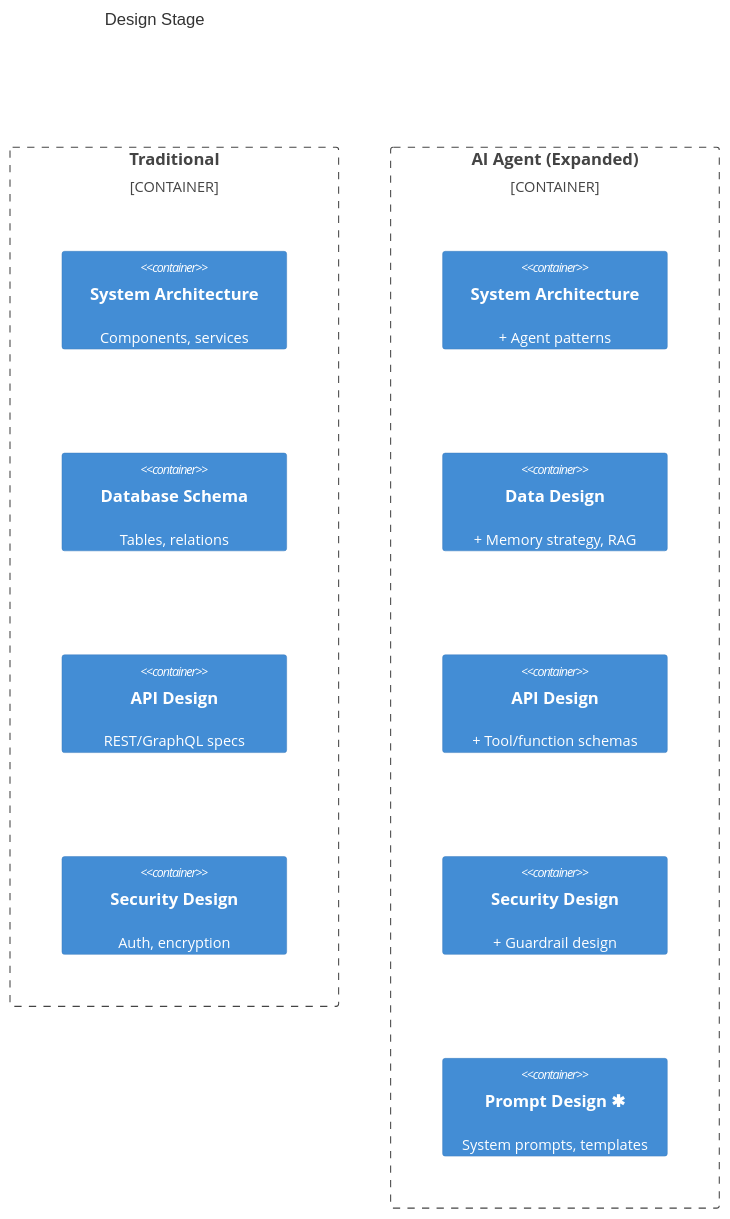
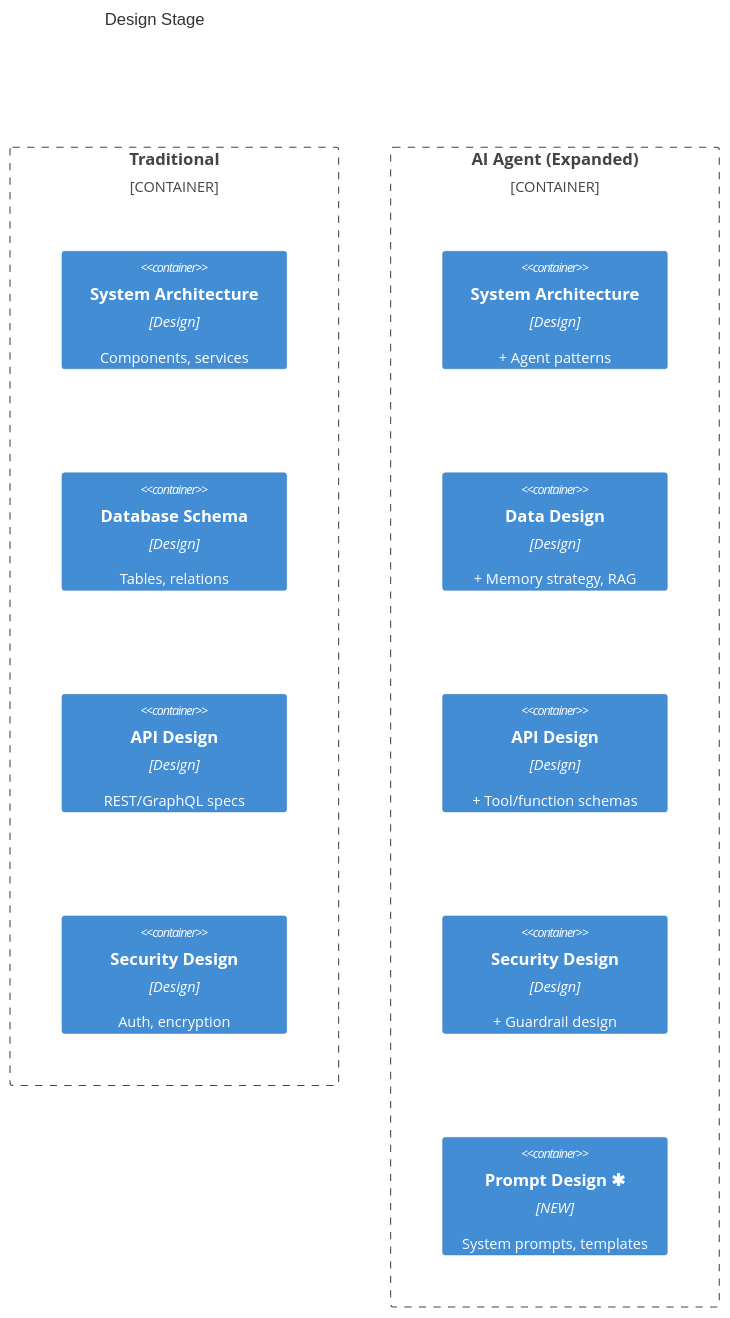
Before and after one commit to Ingeniator/ai-agent-sdlc-docs: the fourth of 8 diagrams in 03-comparison.md, drawn with Mermaid. The commit also changed other lines of this file and 2 other files, not shown here.

````diff
--- a/03-comparison.md
+++ b/03-comparison.md
@@ -120,19 +120,19 @@
 ```mermaid
 C4Container
     title Design Stage
 
     Container_Boundary(trad, "Traditional") {
-        Container(t1, "System Architecture", "", "Components, services")
-        Container(t2, "Database Schema", "", "Tables, relations")
-        Container(t3, "API Design", "", "REST/GraphQL specs")
-        Container(t4, "Security Design", "", "Auth, encryption")
+        Container(t1, "System Architecture", "Design", "Components, services")
+        Container(t2, "Database Schema", "Design", "Tables, relations")
+        Container(t3, "API Design", "Design", "REST/GraphQL specs")
+        Container(t4, "Security Design", "Design", "Auth, encryption")
     }
 
     Container_Boundary(ai, "AI Agent (Expanded)") {
-        Container(a1, "System Architecture", "", "+ Agent patterns")
-        Container(a2, "Data Design", "", "+ Memory strategy, RAG")
-        Container(a3, "API Design", "", "+ Tool/function schemas")
-        Container(a4, "Security Design", "", "+ Guardrail design")
-        Container(a5, "Prompt Design ✱", "", "System prompts, templates")
+        Container(a1, "System Architecture", "Design", "+ Agent patterns")
+        Container(a2, "Data Design", "Design", "+ Memory strategy, RAG")
+        Container(a3, "API Design", "Design", "+ Tool/function schemas")
+        Container(a4, "Security Design", "Design", "+ Guardrail design")
+        Container(a5, "Prompt Design ✱", "NEW", "System prompts, templates")
     }
 ```
````
